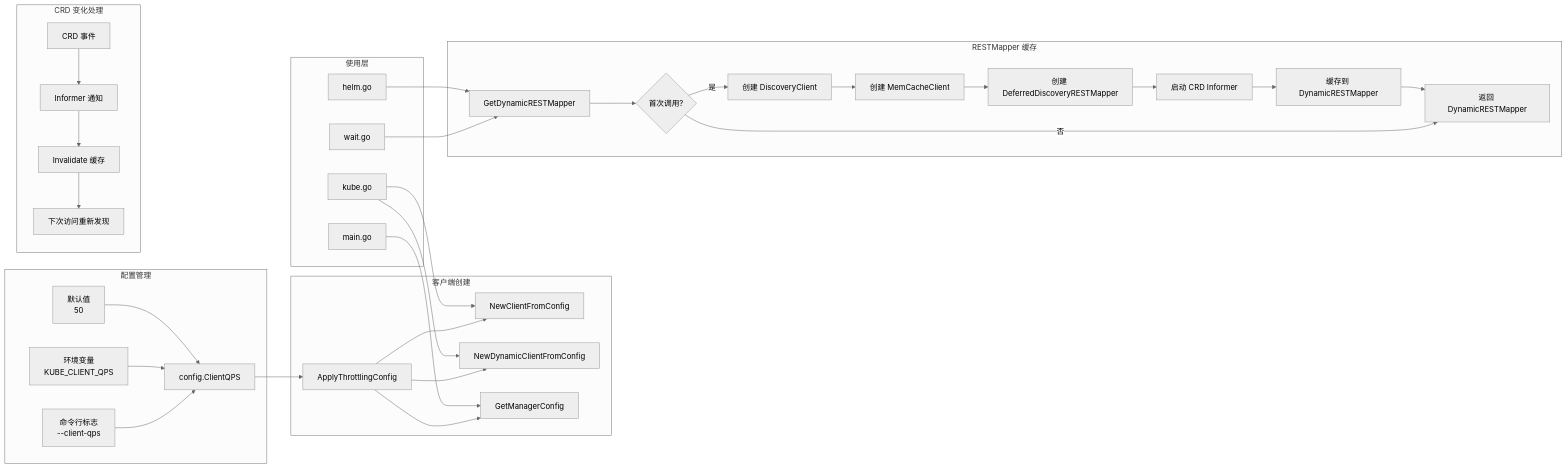
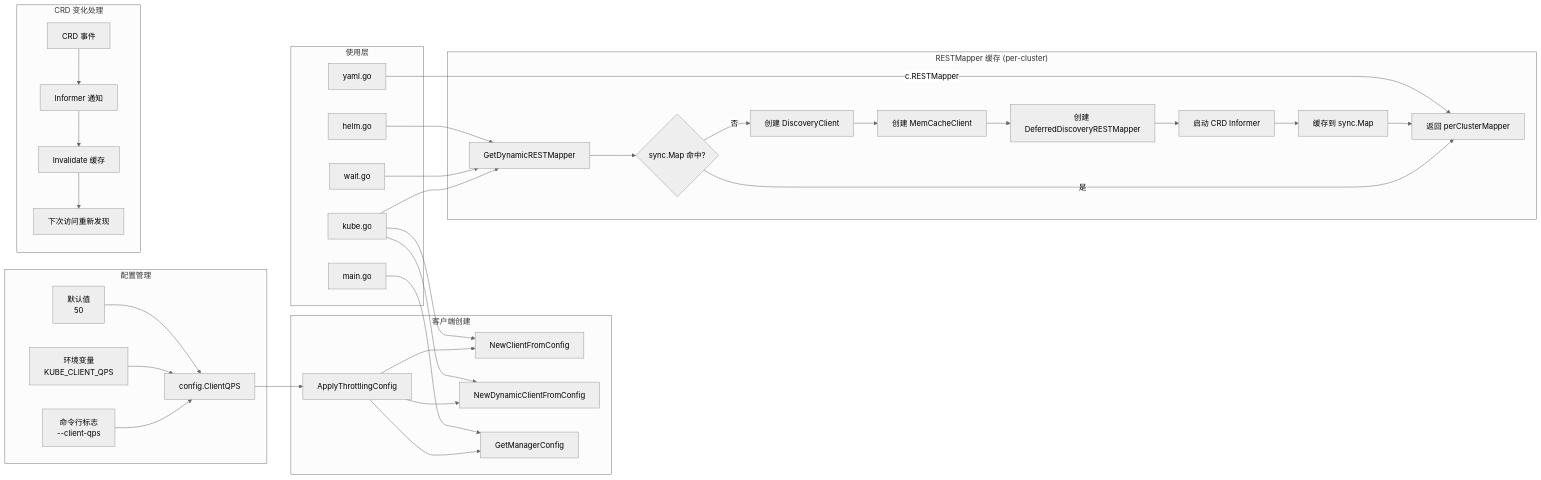
One commit to javadoors/cluster-api-provider-bke changed the third of 7 diagrams in code/performance/report/api-throttling-optimization.md. Above: the diagram before and after it, drawn with Mermaid (neutral theme). The commit also changed other lines of this file, not shown here.

````diff
--- a/code/performance/report/api-throttling-optimization.md
+++ b/code/performance/report/api-throttling-optimization.md
@@ -639,40 +928,42 @@
 ```mermaid
 graph LR
     subgraph "配置管理"
         A[命令行标志<br/>--client-qps] --> C[config.ClientQPS]
         B[环境变量<br/>KUBE_CLIENT_QPS] --> C
         D[默认值<br/>50] --> C
     end
     
     subgraph "客户端创建"
         C --> E[ApplyThrottlingConfig]
         E --> F[NewClientFromConfig]
         E --> G[NewDynamicClientFromConfig]
         E --> H[GetManagerConfig]
     end
     
-    subgraph "RESTMapper 缓存"
-        I[GetDynamicRESTMapper] --> J{首次调用?}
-        J -->|是| K[创建 DiscoveryClient]
+    subgraph "RESTMapper 缓存 (per-cluster)"
+        I[GetDynamicRESTMapper] --> J{sync.Map 命中?}
+        J -->|是| P[返回 perClusterMapper]
+        J -->|否| K[创建 DiscoveryClient]
         K --> L[创建 MemCacheClient]
         L --> M[创建 DeferredDiscoveryRESTMapper]
         M --> N[启动 CRD Informer]
-        N --> O[缓存到 DynamicRESTMapper]
-        J -->|否| P[返回 DynamicRESTMapper]
+        N --> O[缓存到 sync.Map]
         O --> P
     end
     
     subgraph "使用层"
         Q[kube.go] --> F
         Q --> G
+        Q --> I
+        Q2[yaml.go] -->|c.RESTMapper| P
         R[main.go] --> H
         S[wait.go] --> I
         T[helm.go] --> I
     end
     
     subgraph "CRD 变化处理"
         U[CRD 事件] --> V[Informer 通知]
         V --> W[Invalidate 缓存]
         W --> X[下次访问重新发现]
     end
 ```
````
